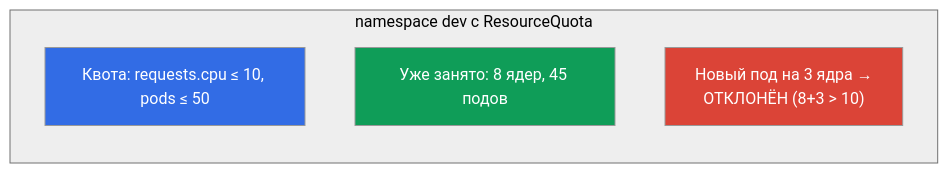
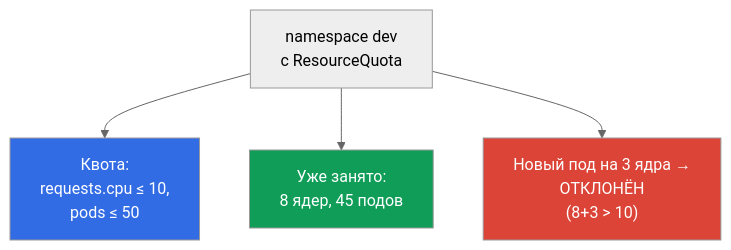
One commit to ViktorUJ/cks changed the fifth of 5 diagrams in tasks/cka/course/14/ru.md. Above: the diagram before and after it, drawn with Mermaid (neutral theme). The commit also changed other lines of this file, not shown here.

````diff
--- a/tasks/cka/course/14/ru.md
+++ b/tasks/cka/course/14/ru.md
@@ -185,13 +205,11 @@
 ```mermaid
 flowchart TB
-    subgraph NS["namespace dev с ResourceQuota"]
-        direction TB
-        rq["Квота: requests.cpu ≤ 10, pods ≤ 50"]
-        used["Уже занято: 8 ядер, 45 подов"]
-        new["Новый под на 3 ядра →<br>ОТКЛОНЁН (8+3 > 10)"]
-    end
-    style NS fill:#eeeeee,color:#000
+    ns["namespace dev<br>с ResourceQuota"]
+    ns --> rq["Квота:<br>requests.cpu ≤ 10,<br>pods ≤ 50"]
+    ns --> used["Уже занято:<br>8 ядер, 45 подов"]
+    ns --> new["Новый под на 3 ядра →<br>ОТКЛОНЁН<br>(8+3 > 10)"]
+    style ns fill:#eeeeee,color:#000
     style rq fill:#326ce5,color:#fff
     style used fill:#0f9d58,color:#fff
     style new fill:#db4437,color:#fff
 ```
````
